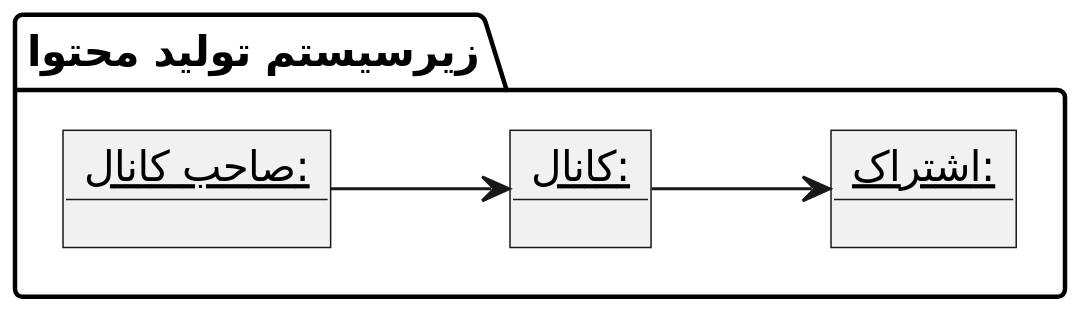
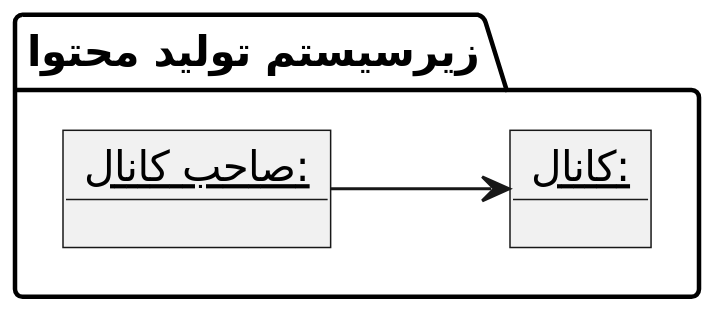
Before and after one commit to soleyman79/Qasedak: the diagram in Diagrams/Object/CreateContentSubsystem/SetSubscriptionPrice.puml, drawn with PlantUML.

Commit message:
Update set subscription price

```diff
--- a/Diagrams/Object/CreateContentSubsystem/SetSubscriptionPrice.puml
+++ b/Diagrams/Object/CreateContentSubsystem/SetSubscriptionPrice.puml
@@ -1,16 +1,14 @@
-@startuml set_manager_profit
+@startuml set_subscription_price
 
 scale 2
 left to right direction
 skinparam DefaultFontName B Nazanin
 
 package "زیرسیستم تولید محتوا" {
     object "__صاحب کانال:__" as owner
     object "__کانال:__" as chanel
-    object "__اشتراک:__" as subscription
 
     owner --> chanel
-    chanel --> subscription
 }
 
 @enduml
```
